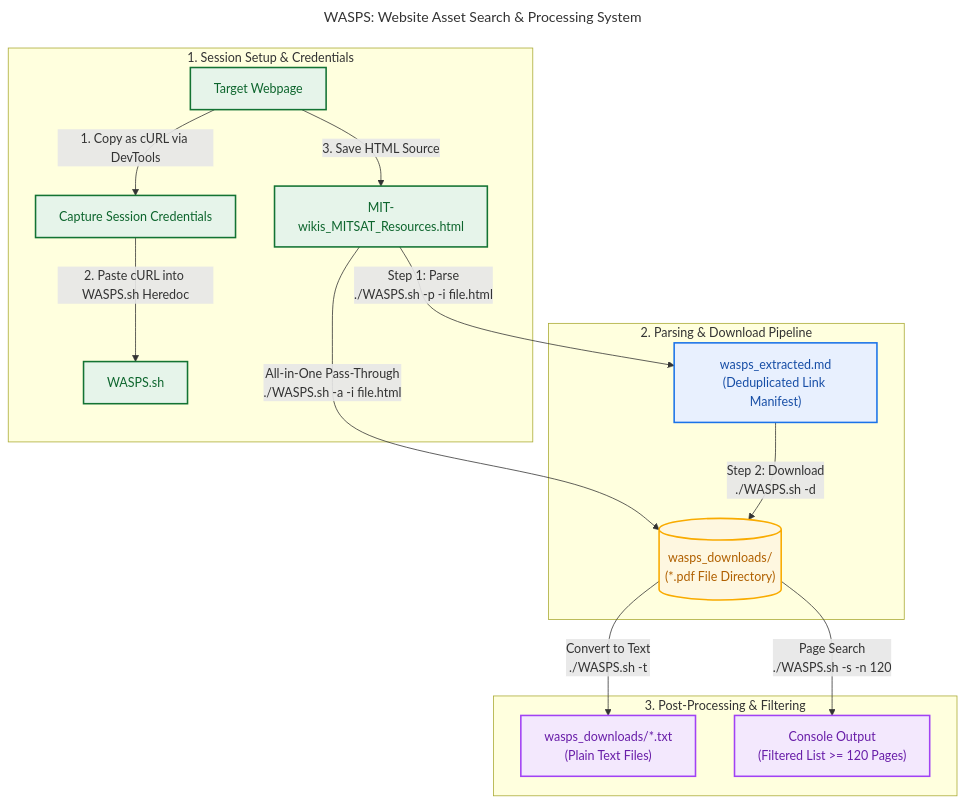
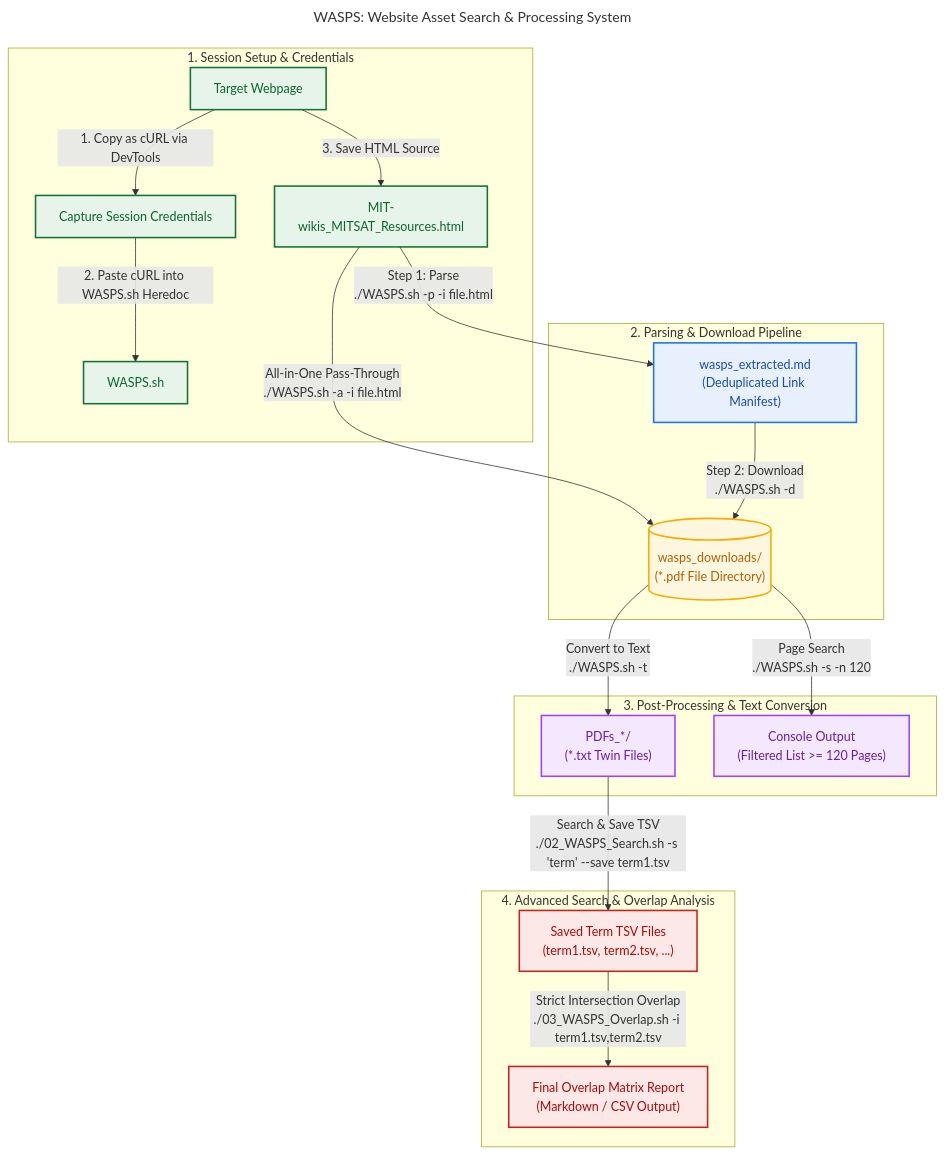
The diagram in README.md (ActuallyFro/WASPS), drawn with Mermaid before and after one commit.

Commit message:
{README} Updating

````diff
--- a/README.md
+++ b/README.md
@@ -5,33 +5,40 @@
 ```mermaid
 ---
 title: "WASPS: Website Asset Search & Processing System"
 ---
 flowchart TD
     subgraph Setup ["1. Session Setup & Credentials"]
         A["Target Webpage"] -->|"1. Copy as cURL via DevTools"| B["Capture Session Credentials"]
         B -->|"2. Paste cURL into WASPS.sh Heredoc"| C["WASPS.sh"]
         A -->|"3. Save HTML Source"| D["MIT-wikis_MITSAT_Resources.html"]
     end
 
     subgraph Pipeline ["2. Parsing & Download Pipeline"]
         D -->|"Step 1: Parse<br/>./WASPS.sh -p -i file.html"| E["wasps_extracted.md<br/>(Deduplicated Link Manifest)"]
         E -->|"Step 2: Download<br/>./WASPS.sh -d"| F[("wasps_downloads/<br/>(*.pdf File Directory)")]
         
         D -->|"All-in-One Pass-Through<br/>./WASPS.sh -a -i file.html"| F
     end
 
-    subgraph Processing ["3. Post-Processing & Filtering"]
-        F -->|"Convert to Text<br/>./WASPS.sh -t"| G["wasps_downloads/*.txt<br/>(Plain Text Files)"]
+    subgraph Processing ["3. Post-Processing & Text Conversion"]
+        F -->|"Convert to Text<br/>./WASPS.sh -t"| G["PDFs_*/<br/>(*.txt Twin Files)"]
         F -->|"Page Search<br/>./WASPS.sh -s -n 120"| H["Console Output<br/>(Filtered List >= 120 Pages)"]
+    end
+
+    subgraph SearchAndAnalysis ["4. Advanced Search & Overlap Analysis"]
+        G -->|"Search & Save TSV<br/>./02_WASPS_Search.sh -s 'term' --save term1.tsv"| I["Saved Term TSV Files<br/>(term1.tsv, term2.tsv, ...)"]
+        I -->|"Strict Intersection Overlap<br/>./03_WASPS_Overlap.sh -i term1.tsv,term2.tsv"| J["Final Overlap Matrix Report<br/>(Markdown / CSV Output)"]
     end
 
     classDef setupStyle fill:#e6f4ea,stroke:#137333,stroke-width:2px,color:#0d652d;
     classDef parseStyle fill:#e8f0fe,stroke:#1a73e8,stroke-width:2px,color:#174ea6;
     classDef downloadStyle fill:#fef7e0,stroke:#f9ab00,stroke-width:2px,color:#b06000;
     classDef processStyle fill:#f3e8fd,stroke:#a142f4,stroke-width:2px,color:#681da8;
+    classDef overlapStyle fill:#fce8e6,stroke:#c5221f,stroke-width:2px,color:#a50e0e;
 
     class A,B,C,D setupStyle;
     class E parseStyle;
     class F downloadStyle;
     class G,H processStyle;
+    class I,J overlapStyle;
 ```
````
